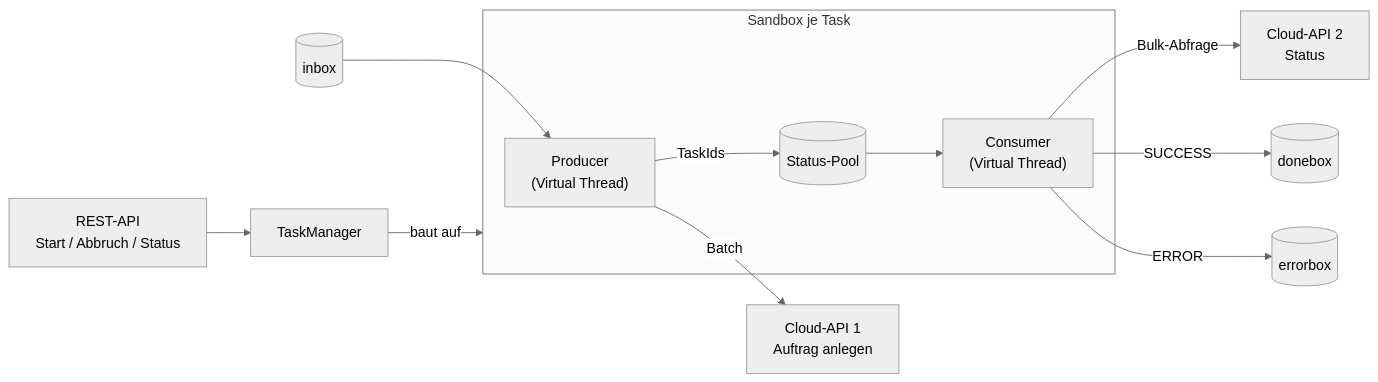
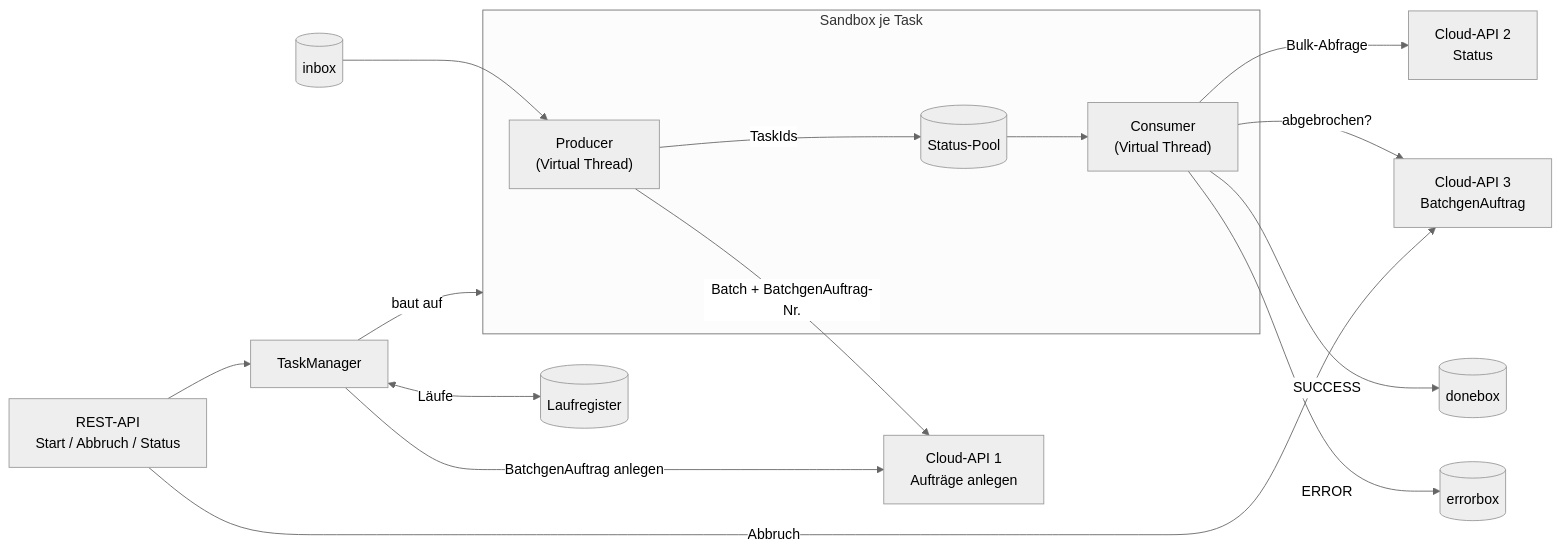
One commit to wwsstl/asynchrone-anwendungsarchitektur changed the diagram in README.md. Above: the diagram before and after it, drawn with Mermaid (neutral theme). The commit also changed other lines of this file and 44 other files, not shown here.

First line of the commit message:
Laufregister und Abbruch über Cloud-API 3 einführen

````diff
--- a/README.md
+++ b/README.md
@@ -12,14 +12,18 @@
 ```mermaid
 flowchart LR
     subgraph Sandbox["Sandbox je Task"]
         P["Producer<br/>(Virtual Thread)"] -->|TaskIds| Pool[("Status-Pool")]
         Pool --> C["Consumer<br/>(Virtual Thread)"]
     end
     API["REST-API<br/>Start / Abbruch / Status"] --> TM["TaskManager"]
     TM -->|baut auf| Sandbox
+    TM <-->|Läufe| Runs[("Laufregister")]
+    TM -->|BatchgenAuftrag anlegen| API1
     Inbox[("inbox")] --> P
-    P -->|Batch| API1["Cloud-API 1<br/>Auftrag anlegen"]
+    P -->|Batch + BatchgenAuftrag-Nr.| API1["Cloud-API 1<br/>Aufträge anlegen"]
     C -->|Bulk-Abfrage| API2["Cloud-API 2<br/>Status"]
+    C -->|abgebrochen?| API3["Cloud-API 3<br/>BatchgenAuftrag"]
+    API -->|Abbruch| API3
     C -->|SUCCESS| Done[("donebox")]
     C -->|ERROR| Error[("errorbox")]
 ```
````
